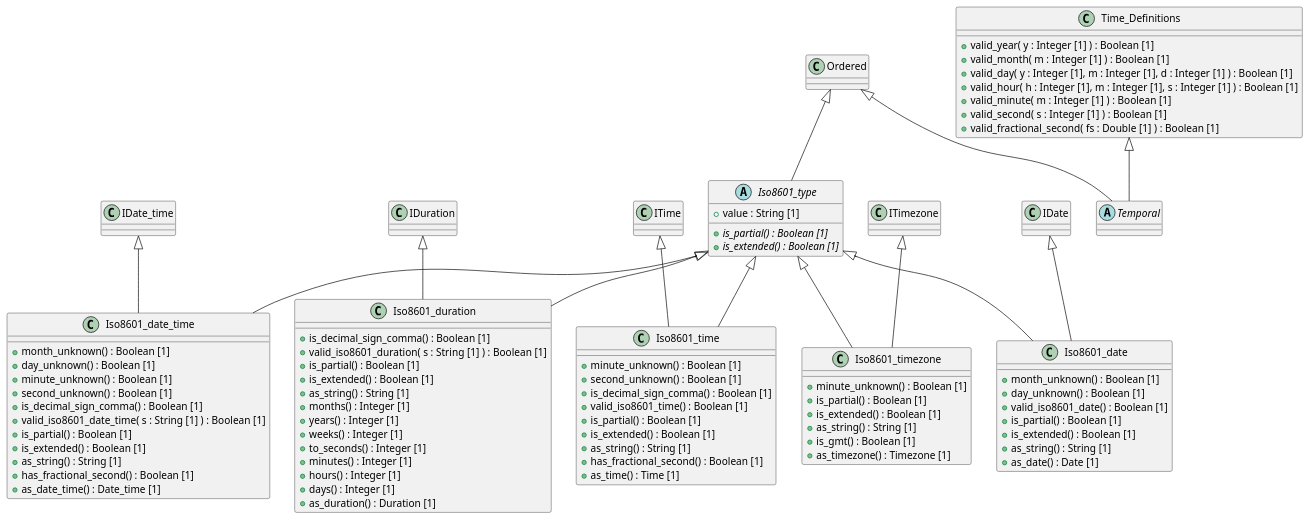
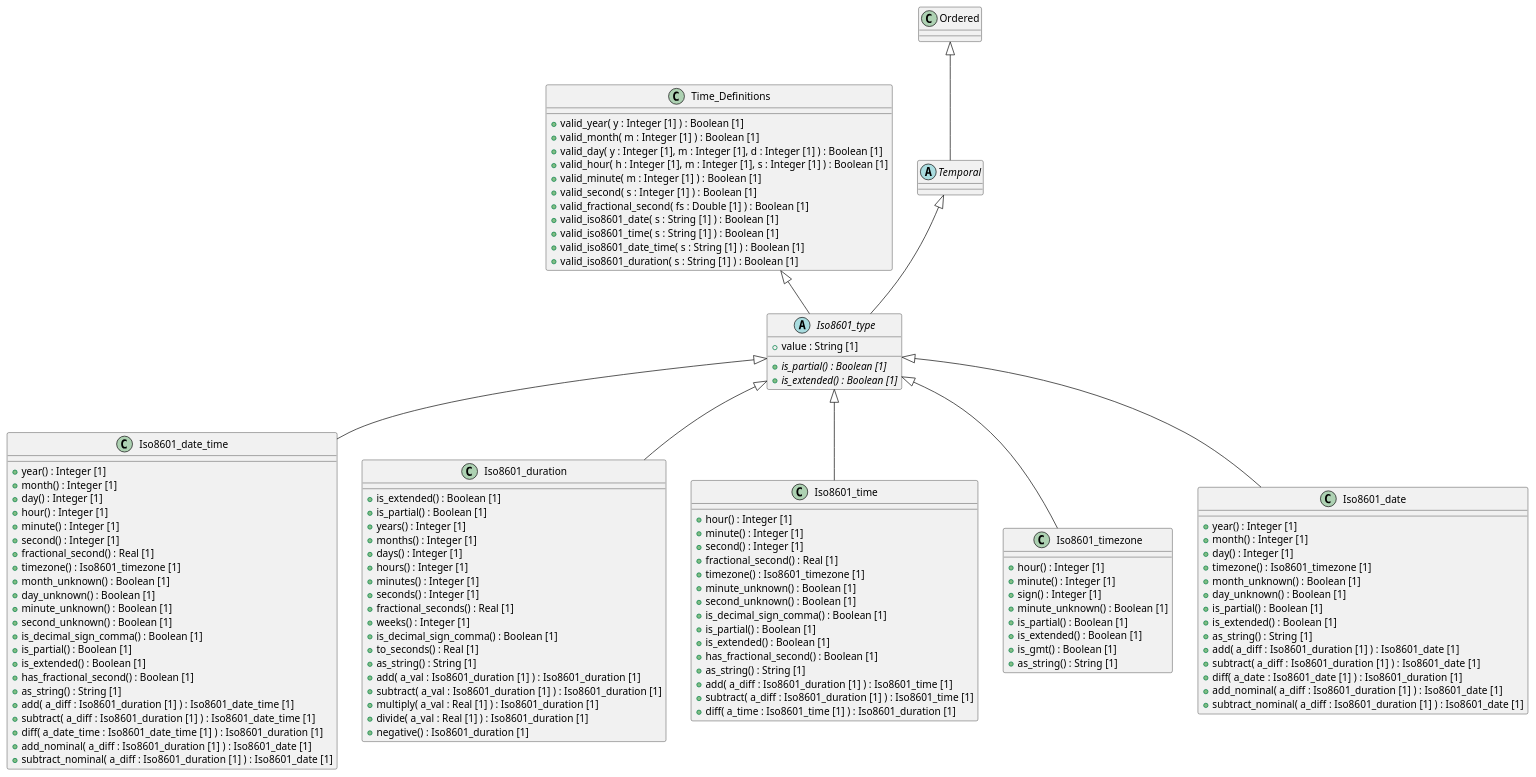
One commit to sebastian-iancu/code-generator changed the diagram in code/Adoc/openehr_base_1.3.0/plantUML/packages/org.openehr.base.foundation_types.time.adoc. Above: the diagram before and after it, drawn with PlantUML. The commit also changed 719 other files, not shown here.

```diff
--- a/code/Adoc/openehr_base_1.3.0/plantUML/packages/org.openehr.base.foundation_types.time.adoc
+++ b/code/Adoc/openehr_base_1.3.0/plantUML/packages/org.openehr.base.foundation_types.time.adoc
@@ -3,54 +3,78 @@
 @startuml
 
 class Iso8601_date_time {
+  + year() : Integer [1]
+  + month() : Integer [1]
+  + day() : Integer [1]
+  + hour() : Integer [1]
+  + minute() : Integer [1]
+  + second() : Integer [1]
+  + fractional_second() : Real [1]
+  + timezone() : Iso8601_timezone [1]
   + month_unknown() : Boolean [1]
   + day_unknown() : Boolean [1]
   + minute_unknown() : Boolean [1]
   + second_unknown() : Boolean [1]
   + is_decimal_sign_comma() : Boolean [1]
-  + valid_iso8601_date_time( s : String [1] ) : Boolean [1]
   + is_partial() : Boolean [1]
   + is_extended() : Boolean [1]
+  + has_fractional_second() : Boolean [1]
   + as_string() : String [1]
-  + has_fractional_second() : Boolean [1]
-  + as_date_time() : Date_time [1]
+  + add( a_diff : Iso8601_duration [1] ) : Iso8601_date_time [1]
+  + subtract( a_diff : Iso8601_duration [1] ) : Iso8601_date_time [1]
+  + diff( a_date_time : Iso8601_date_time [1] ) : Iso8601_duration [1]
+  + add_nominal( a_diff : Iso8601_duration [1] ) : Iso8601_date [1]
+  + subtract_nominal( a_diff : Iso8601_duration [1] ) : Iso8601_date [1]
 }
 
 class Iso8601_duration {
+  + is_extended() : Boolean [1]
+  + is_partial() : Boolean [1]
+  + years() : Integer [1]
+  + months() : Integer [1]
+  + days() : Integer [1]
+  + hours() : Integer [1]
+  + minutes() : Integer [1]
+  + seconds() : Integer [1]
+  + fractional_seconds() : Real [1]
+  + weeks() : Integer [1]
   + is_decimal_sign_comma() : Boolean [1]
-  + valid_iso8601_duration( s : String [1] ) : Boolean [1]
-  + is_partial() : Boolean [1]
-  + is_extended() : Boolean [1]
+  + to_seconds() : Real [1]
   + as_string() : String [1]
-  + months() : Integer [1]
-  + years() : Integer [1]
-  + weeks() : Integer [1]
-  + to_seconds() : Integer [1]
-  + minutes() : Integer [1]
-  + hours() : Integer [1]
-  + days() : Integer [1]
-  + as_duration() : Duration [1]
+  + add( a_val : Iso8601_duration [1] ) : Iso8601_duration [1]
+  + subtract( a_val : Iso8601_duration [1] ) : Iso8601_duration [1]
+  + multiply( a_val : Real [1] ) : Iso8601_duration [1]
+  + divide( a_val : Real [1] ) : Iso8601_duration [1]
+  + negative() : Iso8601_duration [1]
 }
 
 class Iso8601_time {
+  + hour() : Integer [1]
+  + minute() : Integer [1]
+  + second() : Integer [1]
+  + fractional_second() : Real [1]
+  + timezone() : Iso8601_timezone [1]
   + minute_unknown() : Boolean [1]
   + second_unknown() : Boolean [1]
   + is_decimal_sign_comma() : Boolean [1]
-  + valid_iso8601_time() : Boolean [1]
   + is_partial() : Boolean [1]
   + is_extended() : Boolean [1]
+  + has_fractional_second() : Boolean [1]
   + as_string() : String [1]
-  + has_fractional_second() : Boolean [1]
-  + as_time() : Time [1]
+  + add( a_diff : Iso8601_duration [1] ) : Iso8601_time [1]
+  + subtract( a_diff : Iso8601_duration [1] ) : Iso8601_time [1]
+  + diff( a_time : Iso8601_time [1] ) : Iso8601_duration [1]
 }
 
 class Iso8601_timezone {
+  + hour() : Integer [1]
+  + minute() : Integer [1]
+  + sign() : Integer [1]
   + minute_unknown() : Boolean [1]
   + is_partial() : Boolean [1]
   + is_extended() : Boolean [1]
+  + is_gmt() : Boolean [1]
   + as_string() : String [1]
-  + is_gmt() : Boolean [1]
-  + as_timezone() : Timezone [1]
 }
 
 abstract class Iso8601_type {
@@ -60,13 +84,20 @@
 }
 
 class Iso8601_date {
+  + year() : Integer [1]
+  + month() : Integer [1]
+  + day() : Integer [1]
+  + timezone() : Iso8601_timezone [1]
   + month_unknown() : Boolean [1]
   + day_unknown() : Boolean [1]
-  + valid_iso8601_date() : Boolean [1]
   + is_partial() : Boolean [1]
   + is_extended() : Boolean [1]
   + as_string() : String [1]
-  + as_date() : Date [1]
+  + add( a_diff : Iso8601_duration [1] ) : Iso8601_date [1]
+  + subtract( a_diff : Iso8601_duration [1] ) : Iso8601_date [1]
+  + diff( a_date : Iso8601_date [1] ) : Iso8601_duration [1]
+  + add_nominal( a_diff : Iso8601_duration [1] ) : Iso8601_date [1]
+  + subtract_nominal( a_diff : Iso8601_duration [1] ) : Iso8601_date [1]
 }
 
 class Time_Definitions {
@@ -77,24 +108,23 @@
   + valid_minute( m : Integer [1] ) : Boolean [1]
   + valid_second( s : Integer [1] ) : Boolean [1]
   + valid_fractional_second( fs : Double [1] ) : Boolean [1]
+  + valid_iso8601_date( s : String [1] ) : Boolean [1]
+  + valid_iso8601_time( s : String [1] ) : Boolean [1]
+  + valid_iso8601_date_time( s : String [1] ) : Boolean [1]
+  + valid_iso8601_duration( s : String [1] ) : Boolean [1]
 }
 
 abstract class Temporal {
 }
 
 Iso8601_type <|-- Iso8601_date_time
-IDate_time <|-- Iso8601_date_time
 Iso8601_type <|-- Iso8601_duration
-IDuration <|-- Iso8601_duration
 Iso8601_type <|-- Iso8601_time
-ITime <|-- Iso8601_time
 Iso8601_type <|-- Iso8601_timezone
-ITimezone <|-- Iso8601_timezone
-Ordered <|-- Iso8601_type
+Temporal <|-- Iso8601_type
+Time_Definitions <|-- Iso8601_type
 Iso8601_type <|-- Iso8601_date
-IDate <|-- Iso8601_date
 Ordered <|-- Temporal
-Time_Definitions <|-- Temporal
 
 @enduml
 -----
```
